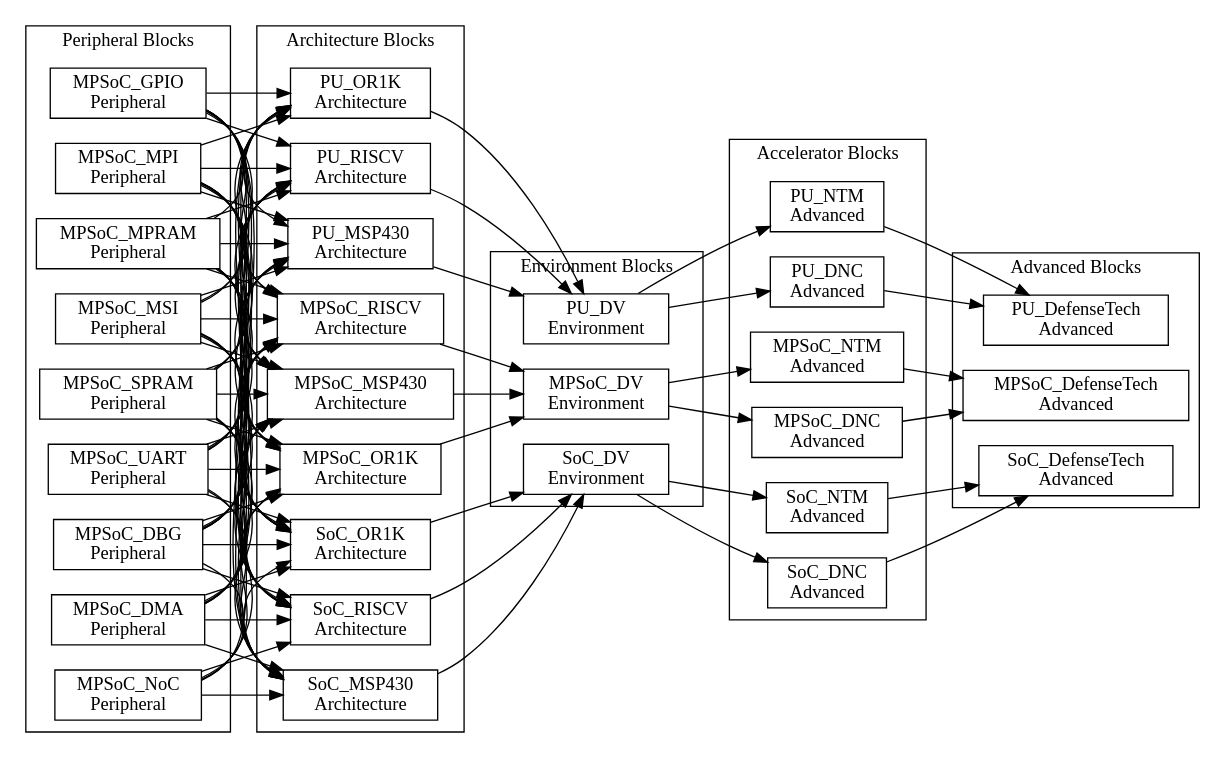
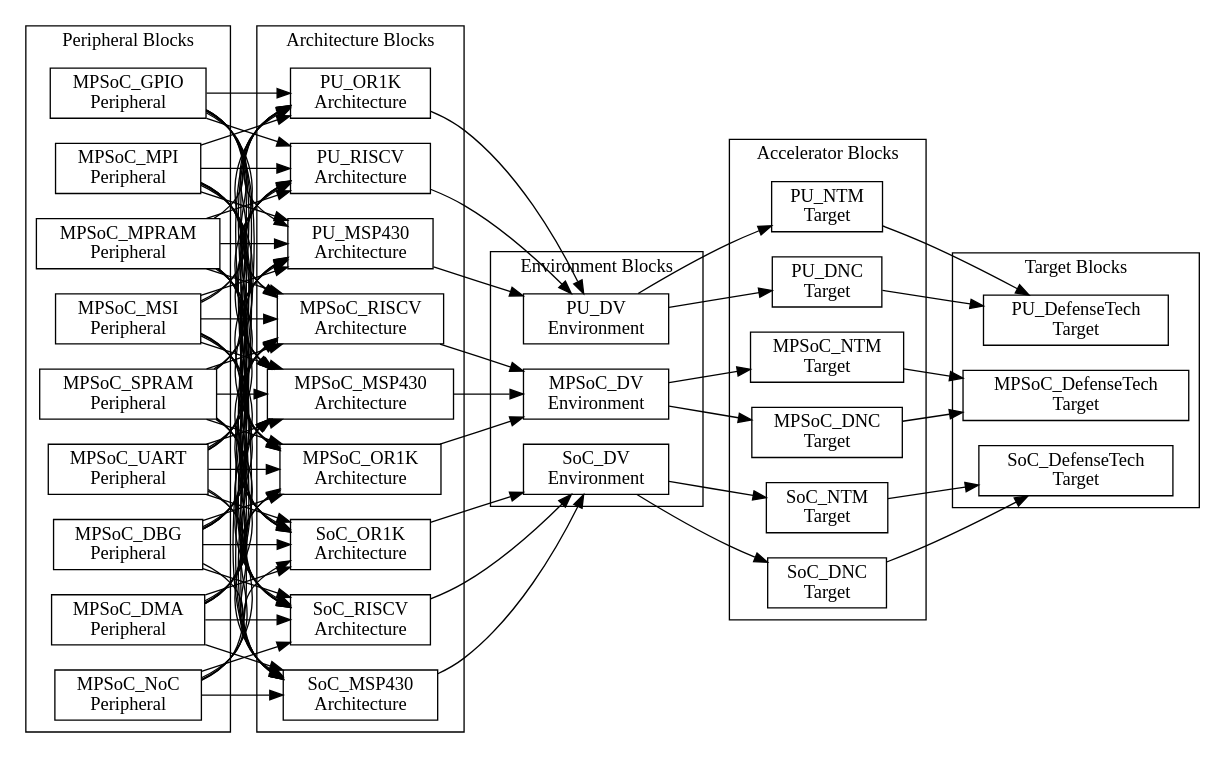
One commit to PacoReinaCampo/SoC-RTOS changed the diagram in doc/book/assets/chapter4/dependences-mpsoc-defensetech.dot. Above: the diagram before and after it, drawn with Graphviz. The commit also changed 244 other files, not shown here.

```diff
--- a/doc/book/assets/chapter4/dependences-mpsoc-defensetech.dot
+++ b/doc/book/assets/chapter4/dependences-mpsoc-defensetech.dot
@@ -1,179 +1,179 @@
 digraph Project {
   // Introduction
   graph [rankdir = LR];
   node[shape=record];
 
   // Peripheral Blocks
   subgraph "cluster PeripheralBlocks" { label = "Peripheral Blocks";
     MPSoC_DBG[label="MPSoC_DBG \nPeripheral"];
     MPSoC_DMA[label="MPSoC_DMA \nPeripheral"];
     MPSoC_GPIO[label="MPSoC_GPIO \nPeripheral"];
     MPSoC_MPI[label="MPSoC_MPI \nPeripheral"];
     MPSoC_MPRAM[label="MPSoC_MPRAM \nPeripheral"];
     MPSoC_MSI[label="MPSoC_MSI \nPeripheral"];
     MPSoC_NoC[label="MPSoC_NoC \nPeripheral"];
     MPSoC_SPRAM[label="MPSoC_SPRAM \nPeripheral"];
     MPSoC_UART[label="MPSoC_UART \nPeripheral"];
   }
 
   // Architecture Blocks
   subgraph "cluster ArchitectureBlocks" { label = "Architecture Blocks";
     MPSoC_MSP430[label="MPSoC_MSP430 \nArchitecture"];
     MPSoC_OR1K[label="MPSoC_OR1K \nArchitecture"];
     MPSoC_RISCV[label="MPSoC_RISCV \nArchitecture"];
     SoC_MSP430[label="SoC_MSP430 \nArchitecture"];
     SoC_OR1K[label="SoC_OR1K \nArchitecture"];
     SoC_RISCV[label="SoC_RISCV \nArchitecture"];
     PU_MSP430[label="PU_MSP430 \nArchitecture"];
     PU_OR1K[label="PU_OR1K \nArchitecture"];
     PU_RISCV[label="PU_RISCV \nArchitecture"];
   }
 
   // Environment Blocks
   subgraph "cluster EnvironmentBlocks" { label = "Environment Blocks";
     MPSoC_DV[label="MPSoC_DV \nEnvironment"];
     SoC_DV[label="SoC_DV \nEnvironment"];
     PU_DV[label="PU_DV \nEnvironment"];
   }
 
   // Accelerator Blocks
   subgraph "cluster AcceleratorBlocks" { label = "Accelerator Blocks";
-    MPSoC_NTM[label="MPSoC_NTM \nAdvanced"];
-    SoC_NTM[label="SoC_NTM \nAdvanced"];
-    PU_NTM[label="PU_NTM \nAdvanced"];
+    MPSoC_NTM[label="MPSoC_NTM \nTarget"];
+    SoC_NTM[label="SoC_NTM \nTarget"];
+    PU_NTM[label="PU_NTM \nTarget"];
 
-    MPSoC_DNC[label="MPSoC_DNC \nAdvanced"];
-    SoC_DNC[label="SoC_DNC \nAdvanced"];
-    PU_DNC[label="PU_DNC \nAdvanced"];
+    MPSoC_DNC[label="MPSoC_DNC \nTarget"];
+    SoC_DNC[label="SoC_DNC \nTarget"];
+    PU_DNC[label="PU_DNC \nTarget"];
   }
 
-  // Advanced Blocks
-  subgraph "cluster AdvancedBlocks" { label = "Advanced Blocks";
-    MPSoC_DefenseTech[label="MPSoC_DefenseTech \nAdvanced"];
-    SoC_DefenseTech[label="SoC_DefenseTech \nAdvanced"];
-    PU_DefenseTech[label="PU_DefenseTech \nAdvanced"];
+  // Target Blocks
+  subgraph "cluster TargetBlocks" { label = "Target Blocks";
+    MPSoC_DefenseTech[label="MPSoC_DefenseTech \nTarget"];
+    SoC_DefenseTech[label="SoC_DefenseTech \nTarget"];
+    PU_DefenseTech[label="PU_DefenseTech \nTarget"];
   }
 
   // Peripheral -> Architecture
   MPSoC_DBG -> MPSoC_MSP430;
   MPSoC_DMA -> MPSoC_MSP430;
   MPSoC_GPIO -> MPSoC_MSP430;
   MPSoC_MPI -> MPSoC_MSP430;
   MPSoC_MPRAM -> MPSoC_MSP430;
   MPSoC_MSI -> MPSoC_MSP430;
   MPSoC_NoC -> MPSoC_MSP430;
   MPSoC_SPRAM -> MPSoC_MSP430;
   MPSoC_UART -> MPSoC_MSP430;
 
   MPSoC_DBG -> SoC_MSP430;
   MPSoC_DMA -> SoC_MSP430;
   MPSoC_GPIO -> SoC_MSP430;
   MPSoC_MPI -> SoC_MSP430;
   MPSoC_MPRAM -> SoC_MSP430;
   MPSoC_MSI -> SoC_MSP430;
   MPSoC_NoC -> SoC_MSP430;
   MPSoC_SPRAM -> SoC_MSP430;
   MPSoC_UART -> SoC_MSP430;
 
   MPSoC_DBG -> PU_MSP430;
   MPSoC_DMA -> PU_MSP430;
   MPSoC_GPIO -> PU_MSP430;
   MPSoC_MPI -> PU_MSP430;
   MPSoC_MPRAM -> PU_MSP430;
   MPSoC_MSI -> PU_MSP430;
   MPSoC_SPRAM -> PU_MSP430;
   MPSoC_UART -> PU_MSP430;
 
 
   MPSoC_DBG -> MPSoC_OR1K;
   MPSoC_DMA -> MPSoC_OR1K;
   MPSoC_GPIO -> MPSoC_OR1K;
   MPSoC_MPI -> MPSoC_OR1K;
   MPSoC_MPRAM -> MPSoC_OR1K;
   MPSoC_MSI -> MPSoC_OR1K;
   MPSoC_NoC -> MPSoC_OR1K;
   MPSoC_SPRAM -> MPSoC_OR1K;
   MPSoC_UART -> MPSoC_OR1K;
 
   MPSoC_DBG -> SoC_OR1K;
   MPSoC_DMA -> SoC_OR1K;
   MPSoC_GPIO -> SoC_OR1K;
   MPSoC_MPI -> SoC_OR1K;
   MPSoC_MPRAM -> SoC_OR1K;
   MPSoC_MSI -> SoC_OR1K;
   MPSoC_NoC -> SoC_OR1K;
   MPSoC_SPRAM -> SoC_OR1K;
   MPSoC_UART -> SoC_OR1K;
 
   MPSoC_DBG -> PU_OR1K;
   MPSoC_DMA -> PU_OR1K;
   MPSoC_GPIO -> PU_OR1K;
   MPSoC_MPI -> PU_OR1K;
   MPSoC_MPRAM -> PU_OR1K;
   MPSoC_MSI -> PU_OR1K;
   MPSoC_SPRAM -> PU_OR1K;
   MPSoC_UART -> PU_OR1K;
 
 
   MPSoC_DBG -> MPSoC_RISCV;
   MPSoC_DMA -> MPSoC_RISCV;
   MPSoC_GPIO -> MPSoC_RISCV;
   MPSoC_MPI -> MPSoC_RISCV;
   MPSoC_MPRAM -> MPSoC_RISCV;
   MPSoC_MSI -> MPSoC_RISCV;
   MPSoC_NoC -> MPSoC_RISCV;
   MPSoC_SPRAM -> MPSoC_RISCV;
   MPSoC_UART -> MPSoC_RISCV;
 
   MPSoC_DBG -> SoC_RISCV;
   MPSoC_DMA -> SoC_RISCV;
   MPSoC_GPIO -> SoC_RISCV;
   MPSoC_MPI -> SoC_RISCV;
   MPSoC_MPRAM -> SoC_RISCV;
   MPSoC_MSI -> SoC_RISCV;
   MPSoC_NoC -> SoC_RISCV;
   MPSoC_SPRAM -> SoC_RISCV;
   MPSoC_UART -> SoC_RISCV;
 
   MPSoC_DBG -> PU_RISCV;
   MPSoC_DMA -> PU_RISCV;
   MPSoC_GPIO -> PU_RISCV;
   MPSoC_MPI -> PU_RISCV;
   MPSoC_MPRAM -> PU_RISCV;
   MPSoC_MSI -> PU_RISCV;
   MPSoC_SPRAM -> PU_RISCV;
   MPSoC_UART -> PU_RISCV;
 
   // Architecture -> Environment
   PU_MSP430 -> PU_DV;
   PU_OR1K -> PU_DV;
   PU_RISCV -> PU_DV;
 
   SoC_MSP430 -> SoC_DV;
   SoC_OR1K -> SoC_DV;
   SoC_RISCV -> SoC_DV;
 
   MPSoC_MSP430 -> MPSoC_DV;
   MPSoC_OR1K -> MPSoC_DV;
   MPSoC_RISCV -> MPSoC_DV;
 
   // Environment -> Accelerator
   PU_DV -> PU_NTM;
   PU_DV -> PU_DNC;
 
   SoC_DV -> SoC_NTM;
   SoC_DV -> SoC_DNC;
 
   MPSoC_DV -> MPSoC_NTM;
   MPSoC_DV -> MPSoC_DNC;
 
-  // Accelerator -> Advanced
+  // Accelerator -> Target
   PU_NTM -> PU_DefenseTech;
   PU_DNC -> PU_DefenseTech;
 
   SoC_NTM -> SoC_DefenseTech;
   SoC_DNC -> SoC_DefenseTech;
 
   MPSoC_NTM -> MPSoC_DefenseTech;
   MPSoC_DNC -> MPSoC_DefenseTech;
 }
```
